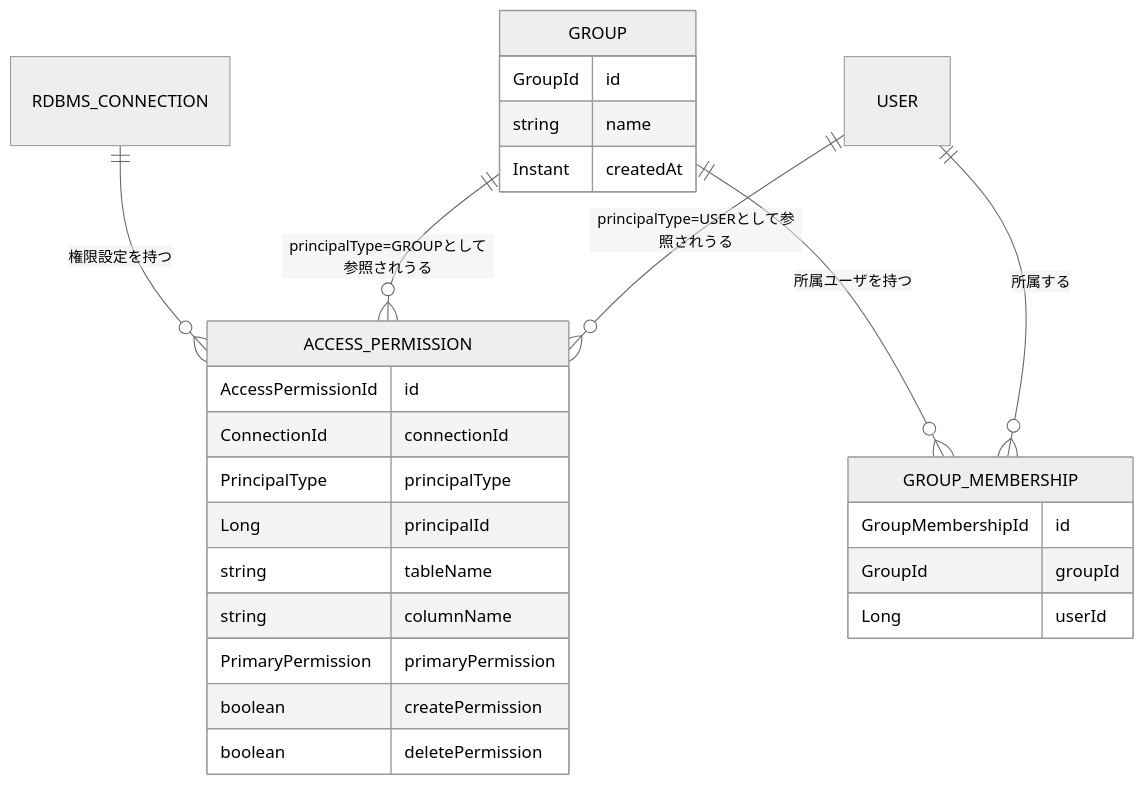
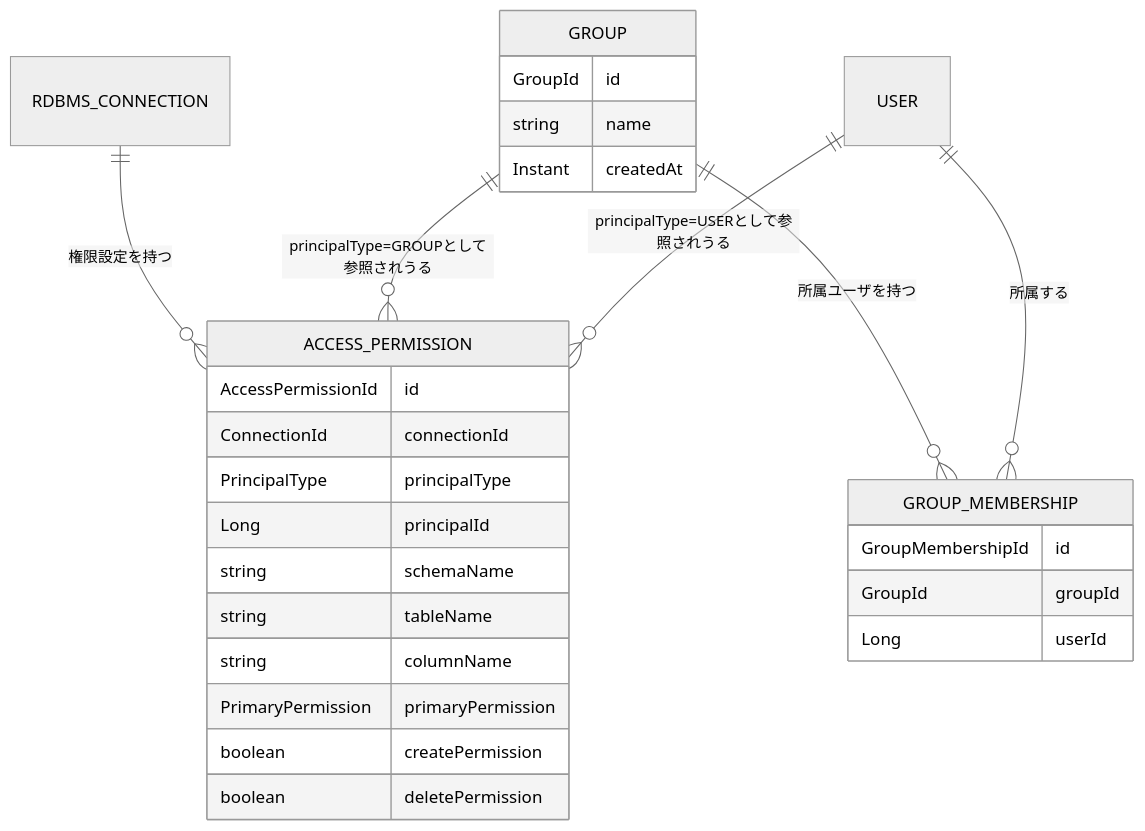
The diagram in aidlc-docs/construction/unit-04/functional-design/domain-entities.md (agwlvssainokuni/MasterMeister4), drawn with Mermaid (neutral theme) before and after one commit. The commit also changed other lines of this file and 41 other files, not shown here.

````diff
--- a/aidlc-docs/construction/unit-04/functional-design/domain-entities.md
+++ b/aidlc-docs/construction/unit-04/functional-design/domain-entities.md
@@ -80,30 +81,31 @@
 ```mermaid
 erDiagram
     RDBMS_CONNECTION ||--o{ ACCESS_PERMISSION : "権限設定を持つ"
     GROUP ||--o{ GROUP_MEMBERSHIP : "所属ユーザを持つ"
     GROUP ||--o{ ACCESS_PERMISSION : "principalType=GROUPとして参照されうる"
     USER ||--o{ GROUP_MEMBERSHIP : "所属する"
     USER ||--o{ ACCESS_PERMISSION : "principalType=USERとして参照されうる"
 
     ACCESS_PERMISSION {
         AccessPermissionId id
         ConnectionId connectionId
         PrincipalType principalType
         Long principalId
+        string schemaName
         string tableName
         string columnName
         PrimaryPermission primaryPermission
         boolean createPermission
         boolean deletePermission
     }
     GROUP {
         GroupId id
         string name
         Instant createdAt
     }
     GROUP_MEMBERSHIP {
         GroupMembershipId id
         GroupId groupId
         Long userId
     }
 ```
````
